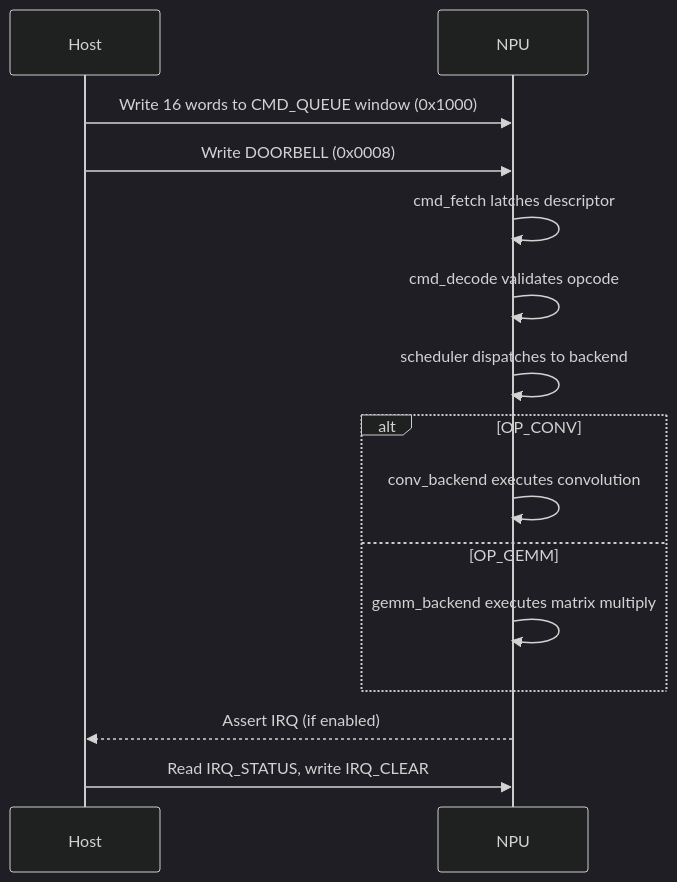
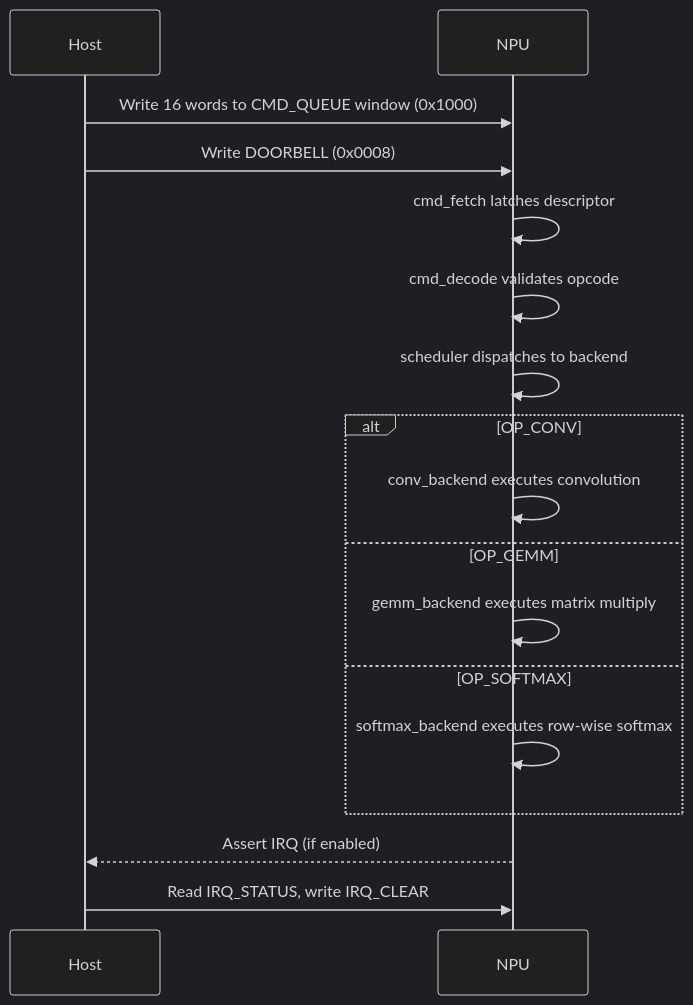
The diagram in docs/spec/command_format.md (Arty3/lg-npu), drawn with Mermaid (dark theme) before and after one commit. The commit also changed other lines of this file and 13 other files, not shown here.

Commit message:
Added softmax backend

````diff
--- a/docs/spec/command_format.md
+++ b/docs/spec/command_format.md
@@ -80,17 +101,19 @@
 ```mermaid
 sequenceDiagram
     participant Host
     participant NPU
     Host->>NPU: Write 16 words to CMD_QUEUE window (0x1000)
     Host->>NPU: Write DOORBELL (0x0008)
     NPU->>NPU: cmd_fetch latches descriptor
     NPU->>NPU: cmd_decode validates opcode
     NPU->>NPU: scheduler dispatches to backend
     alt OP_CONV
         NPU->>NPU: conv_backend executes convolution
     else OP_GEMM
         NPU->>NPU: gemm_backend executes matrix multiply
+    else OP_SOFTMAX
+        NPU->>NPU: softmax_backend executes row-wise softmax
     end
     NPU-->>Host: Assert IRQ (if enabled)
     Host->>NPU: Read IRQ_STATUS, write IRQ_CLEAR
 ```
````
